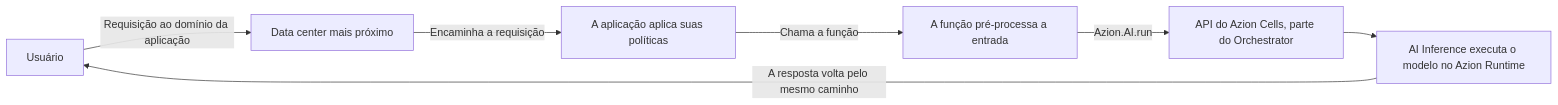
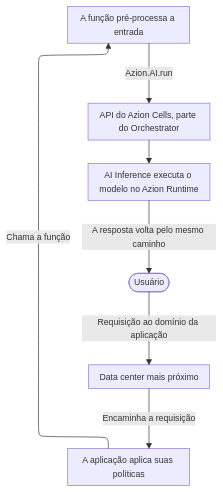
One commit to aziontech/docs changed the diagram in apps/docs/src/content/docs/pt-br/pages/menu-principal/referencia/ai-inference/como-funciona.mdx. Above: the diagram before and after it, drawn with Mermaid. The commit also changed 179 other files, not shown here.

Commit message:
docs(diagrams): redraw every other diagram in the use-case diagram style (#2513)

````diff
--- a/apps/docs/src/content/docs/pt-br/pages/menu-principal/referencia/ai-inference/como-funciona.mdx
+++ b/apps/docs/src/content/docs/pt-br/pages/menu-principal/referencia/ai-inference/como-funciona.mdx
@@ -39,9 +39,10 @@
 ```mermaid
-flowchart LR
-  User["Usuário"] -->|"Requisição ao domínio da aplicação"| DC["Data center mais próximo"]
+%%{init: {"layout": "elk", "themeVariables": {"fontSize": "13px"}, "flowchart": {"nodeSpacing": 24, "rankSpacing": 36, "padding": 8, "wrappingWidth": 150, "useMaxWidth": true}, "sequence": {"width": 120, "actorMargin": 30, "useMaxWidth": true}}}%%
+flowchart TD
+  User(["Usuário"]) -->|"Requisição ao domínio da aplicação"| DC["Data center mais próximo"]
   DC -->|"Encaminha a requisição"| App["A aplicação aplica suas políticas"]
   App -->|"Chama a função"| Fn["A função pré-processa a entrada"]
   Fn -->|"Azion.AI.run"| Cells["API do Azion Cells, parte do Orchestrator"]
   Cells --> Model["AI Inference executa o modelo no Azion Runtime"]
   Model -->|"A resposta volta pelo mesmo caminho"| User
 ```
````
